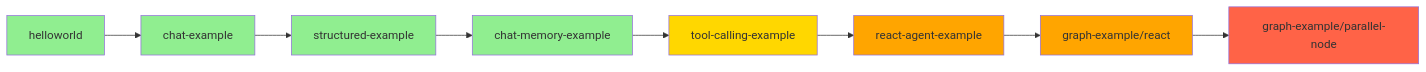
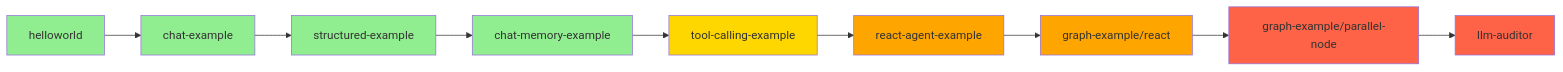
Before and after one commit to Juncai22/spring-ai-agent-learning: the diagram in Spring-AI-Alibaba-学习笔记/README.md, drawn with Mermaid. The commit also changed other lines of this file and 6 other files, not shown here.

````diff
--- a/Spring-AI-Alibaba-学习笔记/README.md
+++ b/Spring-AI-Alibaba-学习笔记/README.md
@@ -10,19 +10,21 @@
 ```mermaid
 graph LR
     A[helloworld] --> B[chat-example]
     B --> C[structured-example]
     C --> D[chat-memory-example]
     D --> E[tool-calling-example]
     E --> F[react-agent-example]
     F --> G[graph-example/react]
     G --> H[graph-example/parallel-node]
+    H --> I[llm-auditor]
     
     style A fill:#90EE90
     style B fill:#90EE90
     style C fill:#90EE90
     style D fill:#90EE90
     style E fill:#FFD700
     style F fill:#FFA500
     style G fill:#FFA500
     style H fill:#FF6347
+    style I fill:#FF6347
 ```
````
